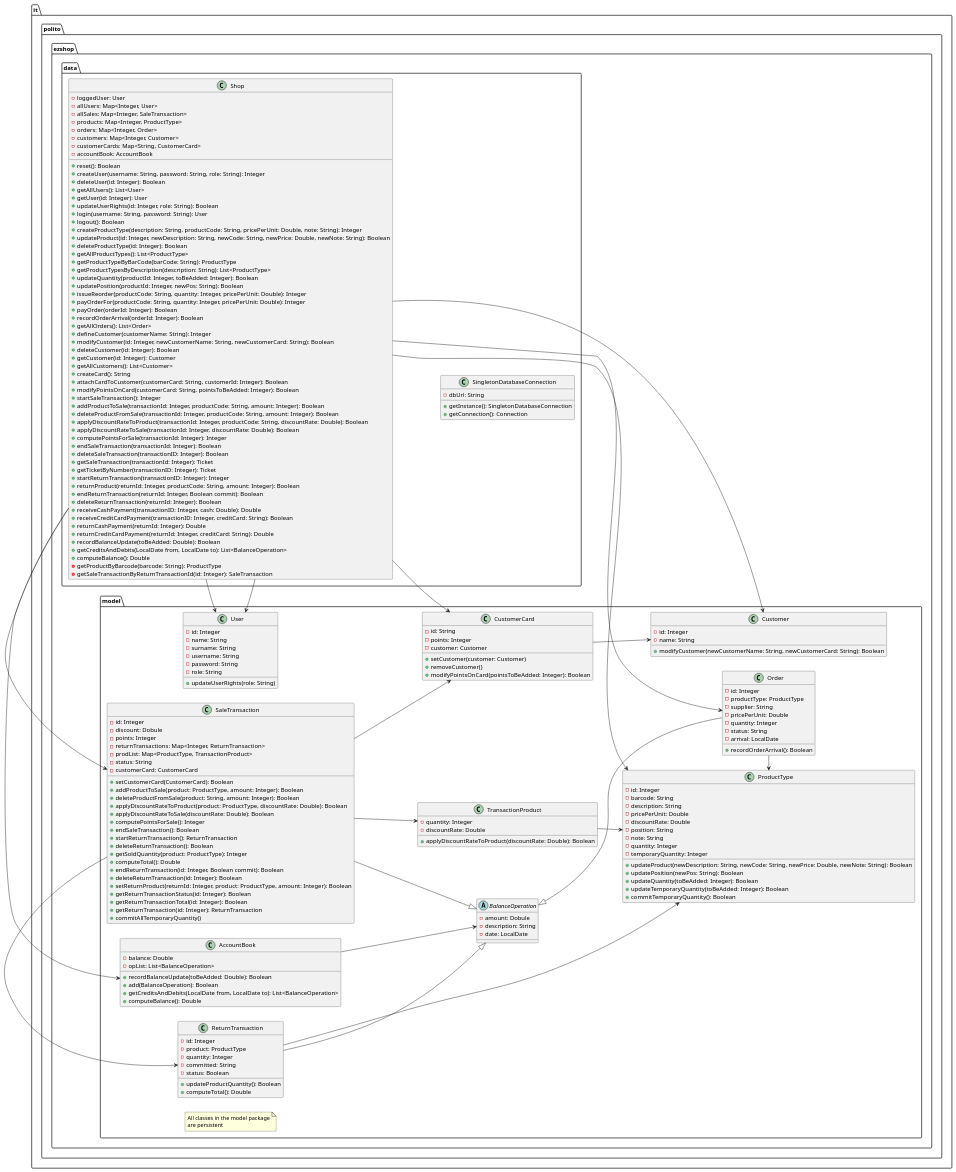
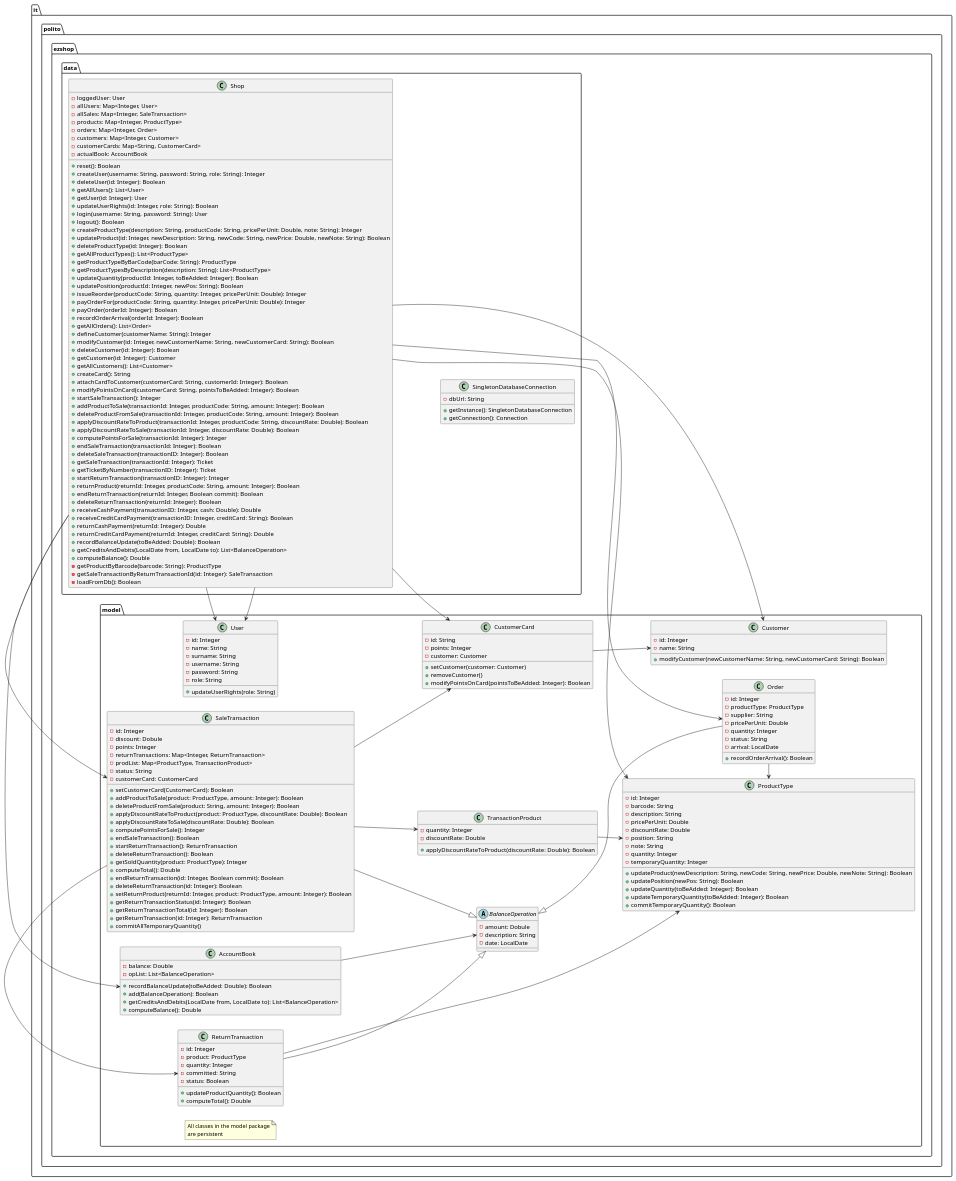
Before and after one commit to MatteoBattilana/EzShop: the second of 14 diagrams in Deliverables/DesignDocument.md, drawn with PlantUML. The commit also changed other lines of this file, not shown here.

Commit message:
docs: merged all sequence diagrams

```diff
--- a/Deliverables/DesignDocument.md
+++ b/Deliverables/DesignDocument.md
@@ -66,7 +66,7 @@
     - orders: Map<Integer, Order>
     - customers: Map<Integer, Customer>
     - customerCards: Map<String, CustomerCard>
-    - accountBook: AccountBook
+    - actualBook: AccountBook
     + reset(): Boolean
 + createUser(username: String, password: String, role: String): Integer
 + deleteUser(id: Integer): Boolean
@@ -119,6 +119,7 @@
 + computeBalance(): Double
 - getProductByBarcode(barcode: String): ProductType
 - getSaleTransactionByReturnTransactionId(id: Integer): SaleTransaction
+- loadFromDb(): Boolean
   }
   Shop -[hidden]-> SingletonDatabaseConnection
 }
```
